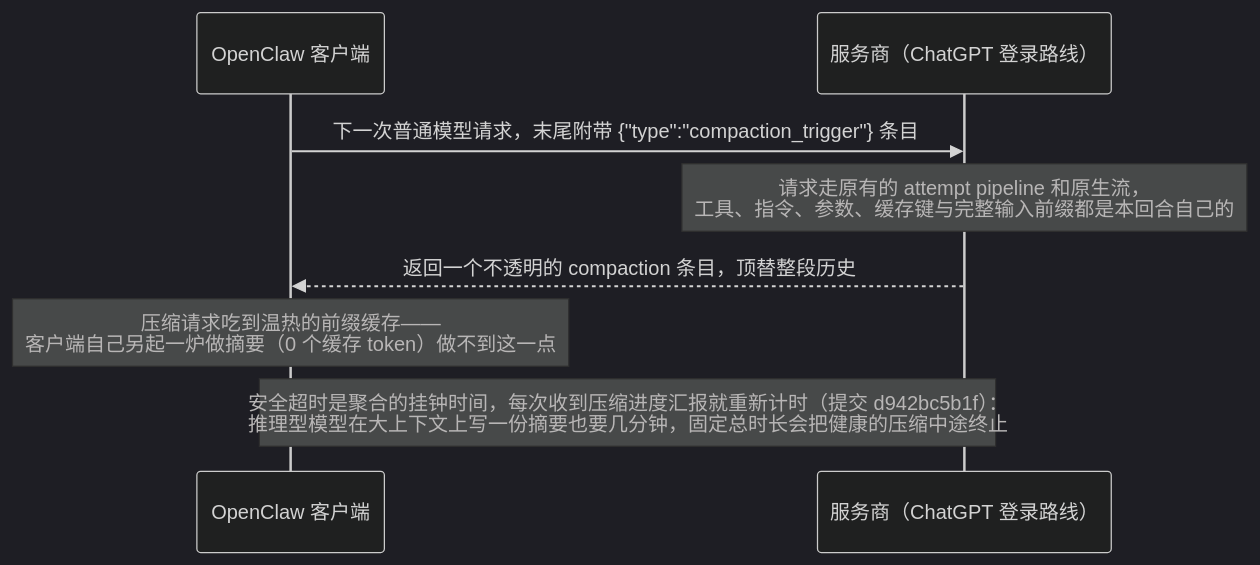
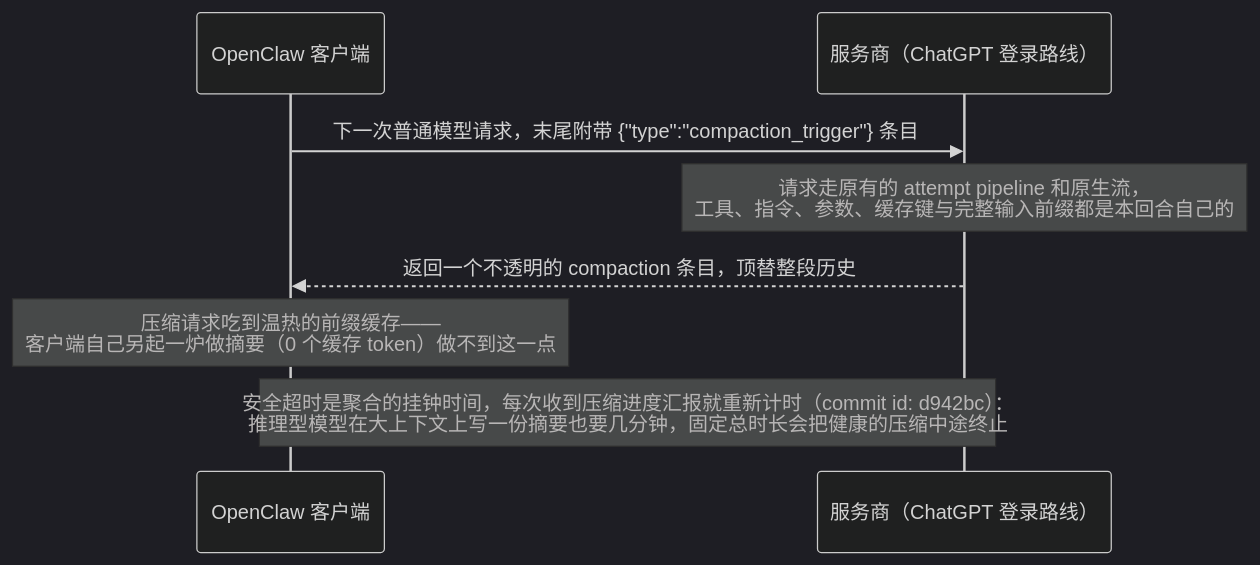
Before and after one commit to zachysun/awesome-agents-notes: the fifth of 6 diagrams in notes/openclaw.md, drawn with Mermaid (dark theme). The commit also changed other lines of this file and 7 other files, not shown here.

````diff
--- a/notes/openclaw.md
+++ b/notes/openclaw.md
@@ -382,10 +382,10 @@
 ```mermaid
 sequenceDiagram
     participant C as OpenClaw 客户端
     participant P as 服务商（ChatGPT 登录路线）
     C->>P: 下一次普通模型请求，末尾附带 {"type":"compaction_trigger"} 条目
     Note over P: 请求走原有的 attempt pipeline 和原生流，<br/>工具、指令、参数、缓存键与完整输入前缀都是本回合自己的
     P-->>C: 返回一个不透明的 compaction 条目，顶替整段历史
     Note over C: 压缩请求吃到温热的前缀缓存——<br/>客户端自己另起一炉做摘要（0 个缓存 token）做不到这一点
-    Note over C,P: 安全超时是聚合的挂钟时间，每次收到压缩进度汇报就重新计时（提交 d942bc5b1f）：<br/>推理型模型在大上下文上写一份摘要也要几分钟，固定总时长会把健康的压缩中途终止
+    Note over C,P: 安全超时是聚合的挂钟时间，每次收到压缩进度汇报就重新计时（commit id: d942bc）：<br/>推理型模型在大上下文上写一份摘要也要几分钟，固定总时长会把健康的压缩中途终止
 ```
````
